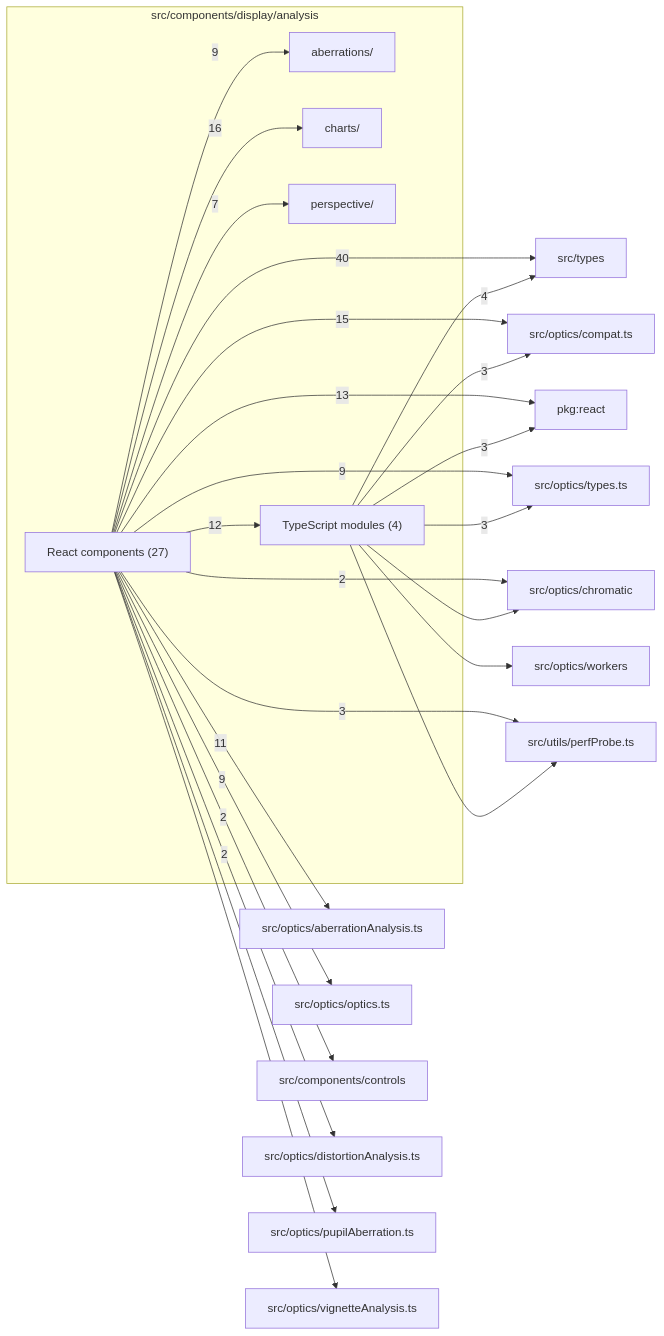
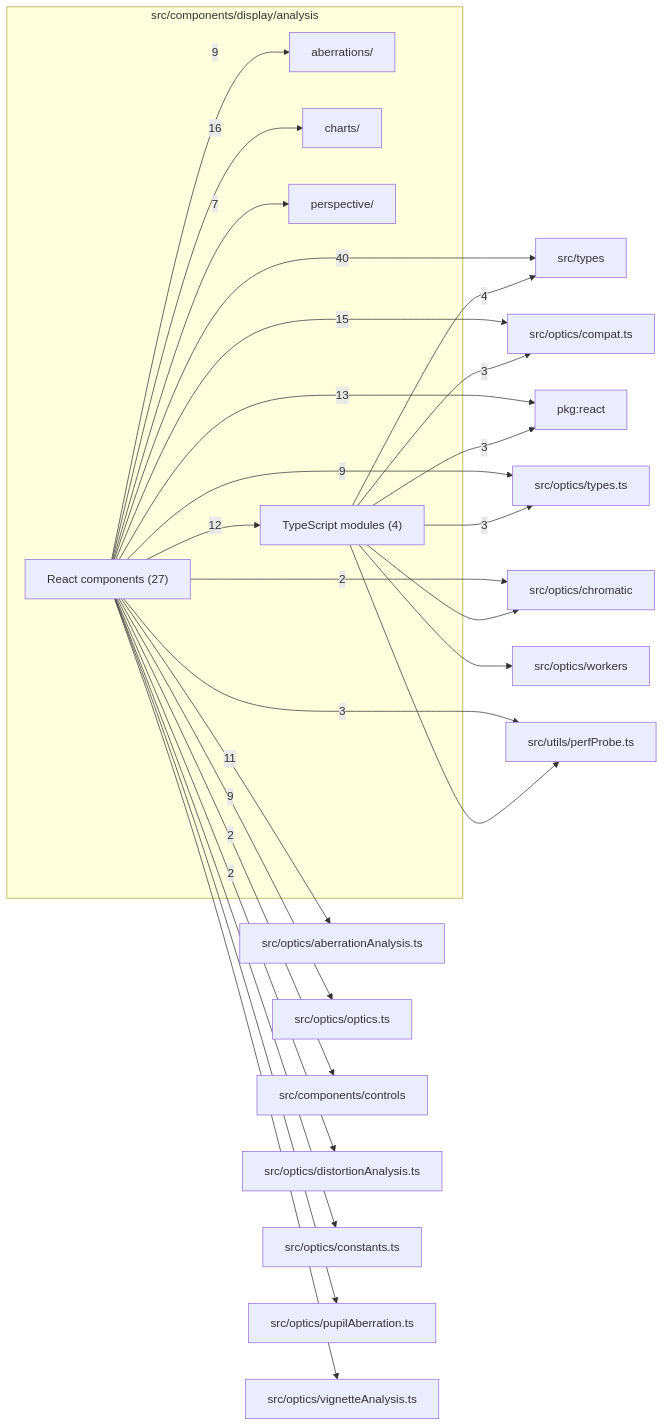
One commit to ronbuening/LensVisualizer changed the diagram in src/components/display/analysis/readme.md. Above: the diagram before and after it, drawn with Mermaid. The commit also changed other lines of this file and 12 other files, not shown here.

````diff
--- a/src/components/display/analysis/readme.md
+++ b/src/components/display/analysis/readme.md
@@ -9,46 +9,48 @@
 ```mermaid
 flowchart LR
   subgraph n_src_components_display_analysis["src/components/display/analysis"]
     n_src_components_display_analysis_src_components_display_analysis_aberrations["aberrations/"]
     n_src_components_display_analysis_src_components_display_analysis_charts["charts/"]
     n_src_components_display_analysis_src_components_display_analysis_perspective["perspective/"]
     n_src_components_display_analysis_React_components["React components (27)"]
     n_src_components_display_analysis_TypeScript_modules["TypeScript modules (4)"]
   end
   n_external_src_types["src/types"]
   n_external_src_optics_compat_ts["src/optics/compat.ts"]
   n_external_pkg_react["pkg:react"]
   n_external_src_optics_aberrationAnalysis_ts["src/optics/aberrationAnalysis.ts"]
   n_external_src_optics_optics_ts["src/optics/optics.ts"]
   n_external_src_optics_types_ts["src/optics/types.ts"]
   n_external_src_utils_perfProbe_ts["src/utils/perfProbe.ts"]
   n_external_src_components_controls["src/components/controls"]
   n_external_src_optics_chromatic["src/optics/chromatic"]
   n_external_src_optics_distortionAnalysis_ts["src/optics/distortionAnalysis.ts"]
+  n_external_src_optics_constants_ts["src/optics/constants.ts"]
   n_external_src_optics_pupilAberration_ts["src/optics/pupilAberration.ts"]
   n_external_src_optics_vignetteAnalysis_ts["src/optics/vignetteAnalysis.ts"]
   n_external_src_optics_workers["src/optics/workers"]
   n_src_components_display_analysis_React_components --> |40| n_external_src_types
   n_src_components_display_analysis_React_components --> |16| n_src_components_display_analysis_src_components_display_analysis_charts
   n_src_components_display_analysis_React_components --> |15| n_external_src_optics_compat_ts
   n_src_components_display_analysis_React_components --> |13| n_external_pkg_react
   n_src_components_display_analysis_React_components --> |12| n_src_components_display_analysis_TypeScript_modules
   n_src_components_display_analysis_React_components --> |11| n_external_src_optics_aberrationAnalysis_ts
   n_src_components_display_analysis_React_components --> |9| n_external_src_optics_optics_ts
   n_src_components_display_analysis_React_components --> |9| n_external_src_optics_types_ts
   n_src_components_display_analysis_React_components --> |9| n_src_components_display_analysis_src_components_display_analysis_aberrations
   n_src_components_display_analysis_React_components --> |7| n_src_components_display_analysis_src_components_display_analysis_perspective
   n_src_components_display_analysis_TypeScript_modules --> |4| n_external_src_types
   n_src_components_display_analysis_TypeScript_modules --> |3| n_external_pkg_react
   n_src_components_display_analysis_TypeScript_modules --> |3| n_external_src_optics_compat_ts
   n_src_components_display_analysis_TypeScript_modules --> |3| n_external_src_optics_types_ts
   n_src_components_display_analysis_React_components --> |3| n_external_src_utils_perfProbe_ts
   n_src_components_display_analysis_React_components --> |2| n_external_src_components_controls
   n_src_components_display_analysis_React_components --> |2| n_external_src_optics_chromatic
   n_src_components_display_analysis_React_components --> |2| n_external_src_optics_distortionAnalysis_ts
   n_src_components_display_analysis_TypeScript_modules --> n_external_src_optics_chromatic
+  n_src_components_display_analysis_React_components --> n_external_src_optics_constants_ts
   n_src_components_display_analysis_React_components --> n_external_src_optics_pupilAberration_ts
   n_src_components_display_analysis_React_components --> n_external_src_optics_vignetteAnalysis_ts
   n_src_components_display_analysis_TypeScript_modules --> n_external_src_optics_workers
   n_src_components_display_analysis_TypeScript_modules --> n_external_src_utils_perfProbe_ts
 ```
````
